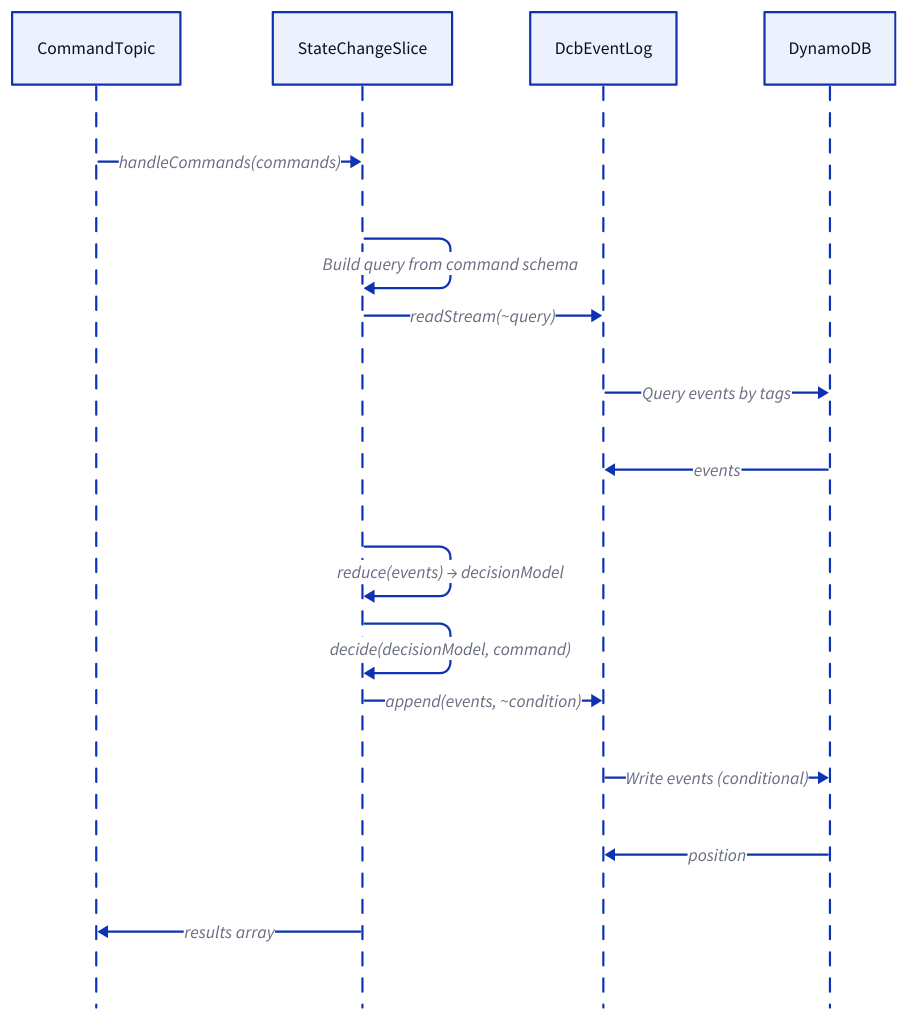
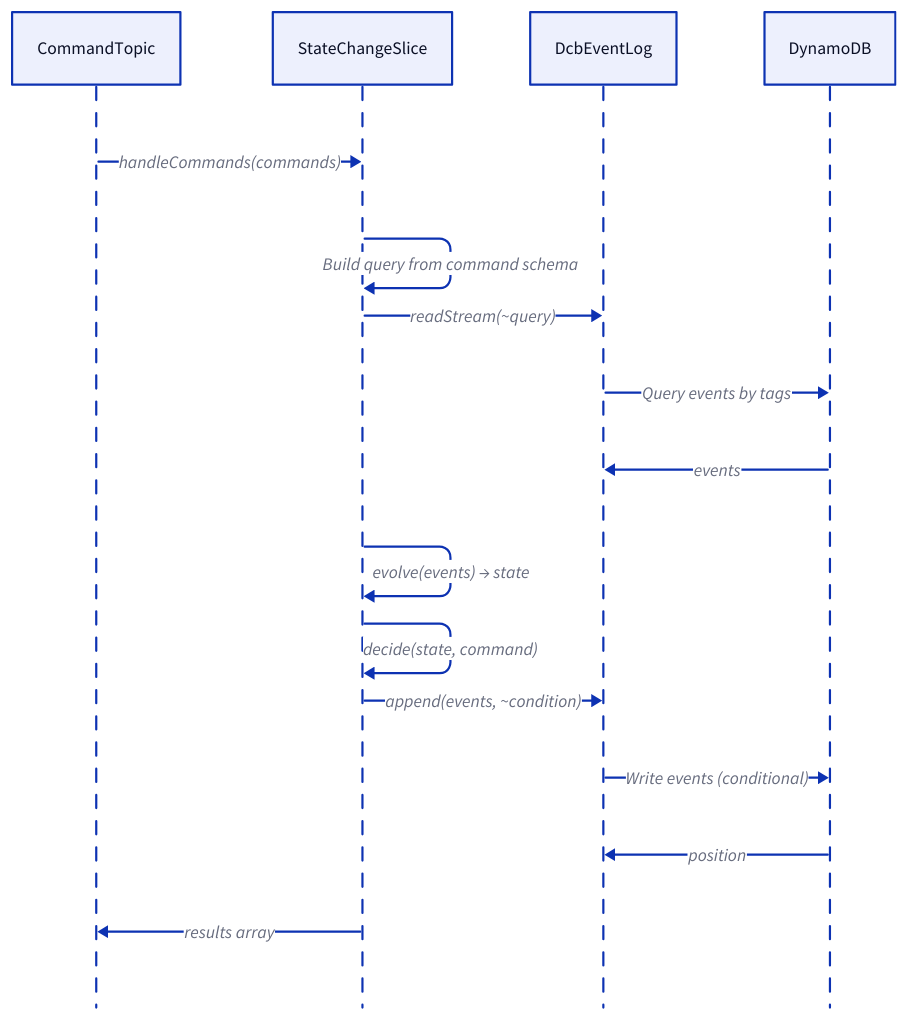
One commit to ReventlessDev/reventless-core changed the third of 3 diagrams in packages/doc/docs-app/components/statechangeslice.md. Above: the diagram before and after it, drawn with D2. The commit also changed other lines of this file and 230 other files, not shown here.

````diff
--- a/packages/doc/docs-app/components/statechangeslice.md
+++ b/packages/doc/docs-app/components/statechangeslice.md
@@ -118,20 +118,20 @@
 ```d2
 shape: sequence_diagram
 
 CommandTopic: CommandTopic { class: command-topic }
 StateChangeSlice: StateChangeSlice
 DcbEventLog: DcbEventLog { class: dcb-event-log }
 Storage: DynamoDB { class: aws-service }
 
 CommandTopic -> StateChangeSlice: "handleCommands(commands)"
 StateChangeSlice -> StateChangeSlice: "Build query from command schema"
 StateChangeSlice -> DcbEventLog: "readStream(~query)"
 DcbEventLog -> Storage: Query events by tags
 Storage --> DcbEventLog: events
-StateChangeSlice -> StateChangeSlice: "reduce(events) → decisionModel"
-StateChangeSlice -> StateChangeSlice: "decide(decisionModel, command)"
+StateChangeSlice -> StateChangeSlice: "evolve(events) → state"
+StateChangeSlice -> StateChangeSlice: "decide(state, command)"
 StateChangeSlice -> DcbEventLog: "append(events, ~condition)"
 DcbEventLog -> Storage: "Write events (conditional)"
 Storage --> DcbEventLog: position
 StateChangeSlice --> CommandTopic: results array
 ```
````
